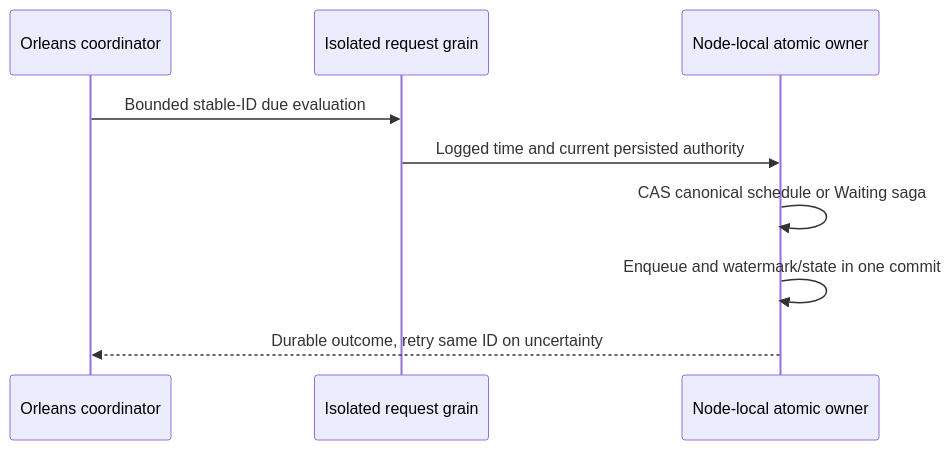
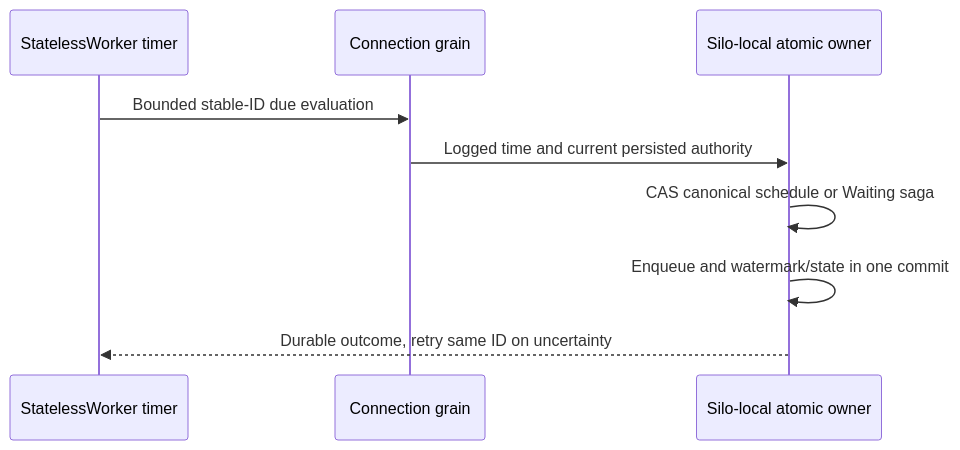
One commit to managedcode/KeyLoad changed the diagram in docs/ADR/ADR-092-recurring-saga.md. Above: the diagram before and after it, drawn with Mermaid. The commit also changed other lines of this file and 7356 other files, not shown here.

````diff
--- a/docs/ADR/ADR-092-recurring-saga.md
+++ b/docs/ADR/ADR-092-recurring-saga.md
@@ -42,11 +33,11 @@
 ```mermaid
 sequenceDiagram
-  participant Timer as Orleans coordinator
-  participant Request as Isolated request grain
-  participant Host as Node-local atomic owner
+  participant Timer as StatelessWorker timer
+  participant Request as Connection grain
+  participant Host as Silo-local atomic owner
   Timer->>Request: Bounded stable-ID due evaluation
   Request->>Host: Logged time and current persisted authority
   Host->>Host: CAS canonical schedule or Waiting saga
   Host->>Host: Enqueue and watermark/state in one commit
   Host-->>Timer: Durable outcome, retry same ID on uncertainty
 ```
````
